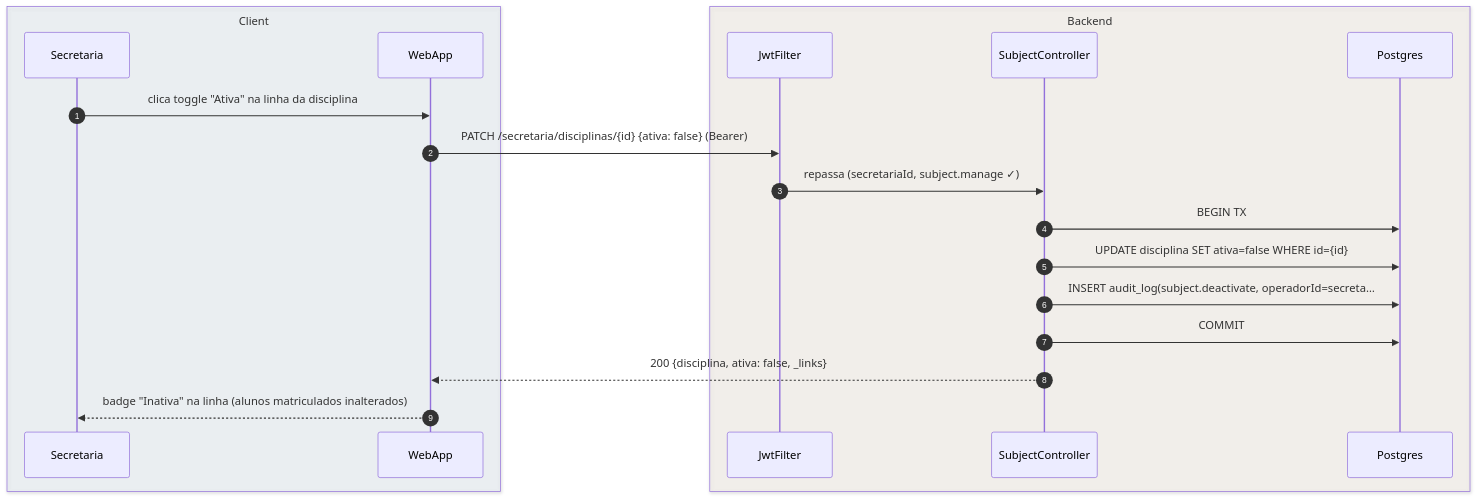
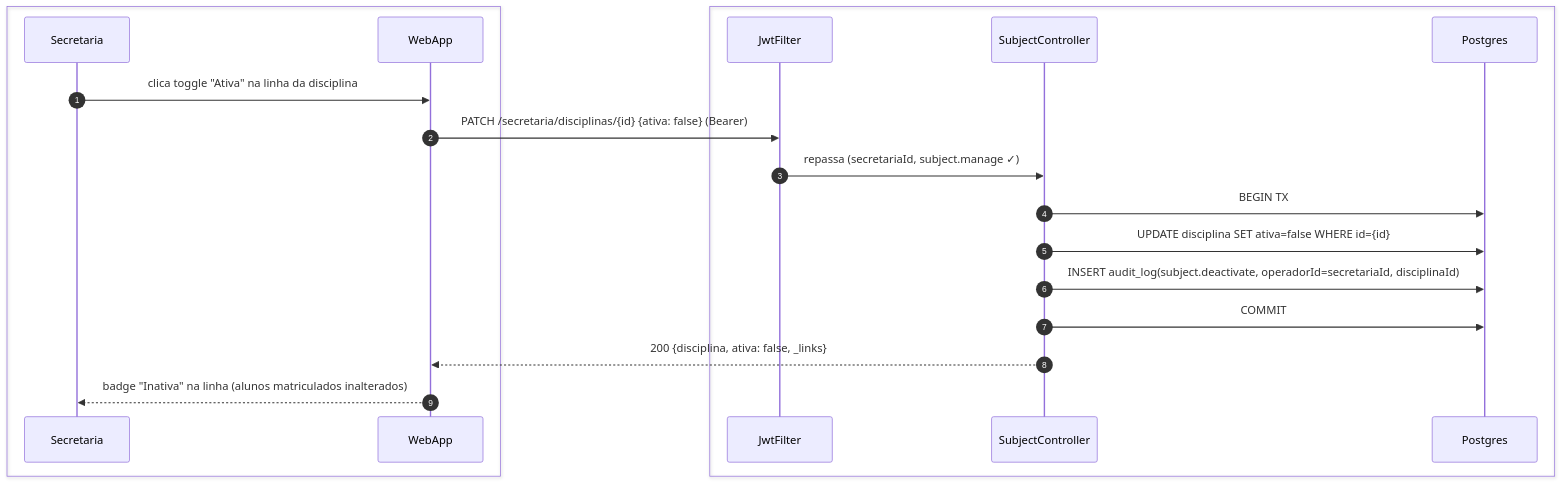
The third of 8 diagrams in foundationDocs/sequenceDiagrams/F5 — Secretaria/US-F5-004-DADOS-ACADEMICOS.md (umishell/secretariaOnline2), drawn with Mermaid before and after one commit. The commit also changed other lines of this file and 70 other files, not shown here.

First line of the commit message:
Enhance database documentation and introduce new schema files

````diff
--- a/foundationDocs/sequenceDiagrams/F5 — Secretaria/US-F5-004-DADOS-ACADEMICOS.md
+++ b/foundationDocs/sequenceDiagrams/F5 — Secretaria/US-F5-004-DADOS-ACADEMICOS.md
@@ -148,23 +148,23 @@
 ```mermaid
 sequenceDiagram
     autonumber
-    box rgba(230,245,255,0.3) Client
+    box #e8f4fc Cliente
         participant Secretaria
         participant WebApp
     end
-    box rgba(255,245,230,0.3) Backend
+    box #fff8ee Servidor
         participant JwtFilter
         participant SubjectController
         participant Postgres
     end
 
     Secretaria->>WebApp: clica toggle "Ativa" na linha da disciplina
     WebApp->>JwtFilter: PATCH /secretaria/disciplinas/{id} {ativa: false} (Bearer)
     JwtFilter->>SubjectController: repassa (secretariaId, subject.manage ✓)
     SubjectController->>Postgres: BEGIN TX
     SubjectController->>Postgres: UPDATE disciplina SET ativa=false WHERE id={id}
-    SubjectController->>Postgres: INSERT audit_log(subject.deactivate, operadorId=secreta…
+    SubjectController->>Postgres: INSERT audit_log(subject.deactivate, operadorId=secretariaId, disciplinaId)
     SubjectController->>Postgres: COMMIT
     SubjectController-->>WebApp: 200 {disciplina, ativa: false, _links}
     WebApp-->>Secretaria: badge "Inativa" na linha (alunos matriculados inalterados)
 ```
````
